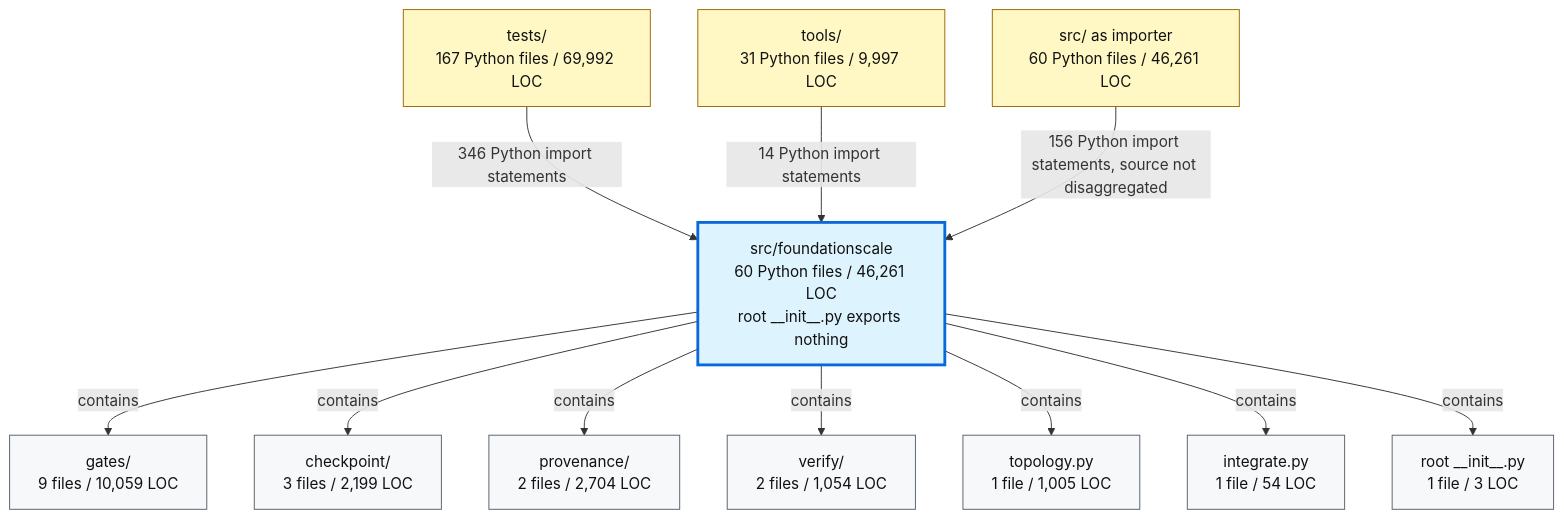
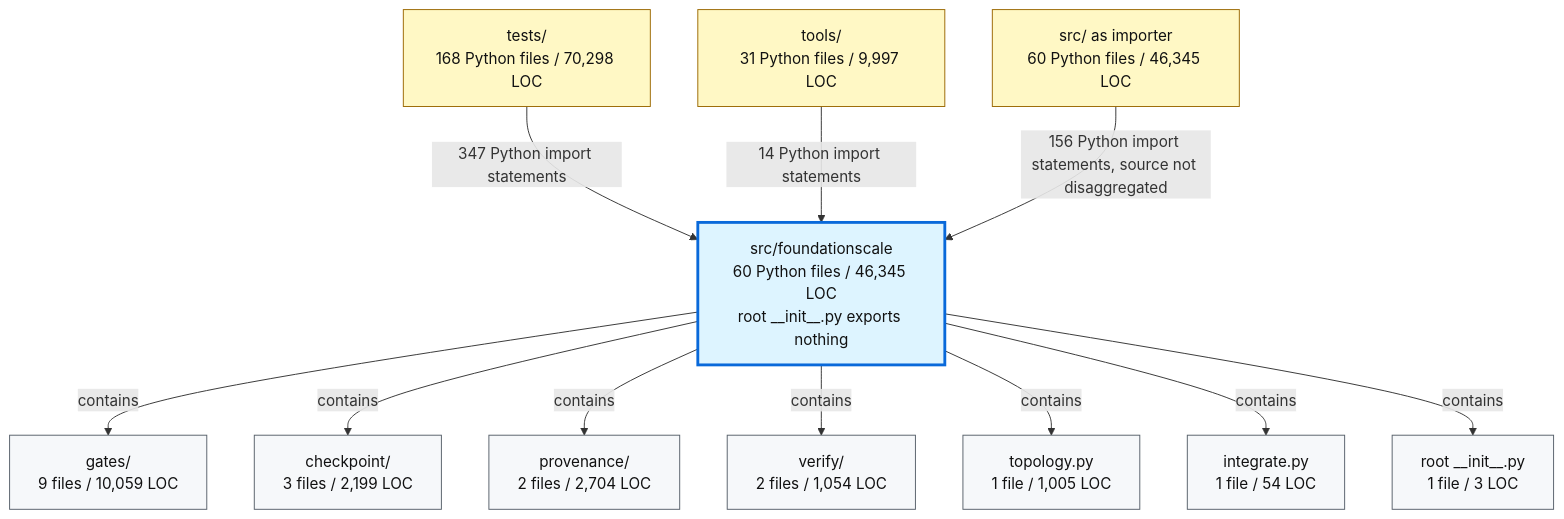
Before and after one commit to TranNhiem/FoundationScale: the second of 2 diagrams in docs/review/D2_current_architecture.md, drawn with Mermaid. The commit also changed other lines of this file and 18 other files, not shown here.

````diff
--- a/docs/review/D2_current_architecture.md
+++ b/docs/review/D2_current_architecture.md
@@ -97,36 +97,36 @@
 ```mermaid
 flowchart TB
-  TESTS["tests/<br/>167 Python files / 69,992 LOC"]
+  TESTS["tests/<br/>168 Python files / 70,298 LOC"]
   TOOLS["tools/<br/>31 Python files / 9,997 LOC"]
-  SRC["src/ as importer<br/>60 Python files / 46,261 LOC"]
+  SRC["src/ as importer<br/>60 Python files / 46,345 LOC"]
 
-  FS["src/foundationscale<br/>60 Python files / 46,261 LOC<br/>root __init__.py exports nothing"]
+  FS["src/foundationscale<br/>60 Python files / 46,345 LOC<br/>root __init__.py exports nothing"]
 
   GATES["gates/<br/>9 files / 10,059 LOC"]
   CKPT["checkpoint/<br/>3 files / 2,199 LOC"]
   PROV["provenance/<br/>2 files / 2,704 LOC"]
   VERIFY["verify/<br/>2 files / 1,054 LOC"]
   TOPO["topology.py<br/>1 file / 1,005 LOC"]
   INTEG["integrate.py<br/>1 file / 54 LOC"]
   ROOT["root __init__.py<br/>1 file / 3 LOC"]
 
-  TESTS -->|"346 Python import statements"| FS
+  TESTS -->|"347 Python import statements"| FS
   TOOLS -->|"14 Python import statements"| FS
   SRC -->|"156 Python import statements, source not disaggregated"| FS
 
   FS -->|"contains"| GATES
   FS -->|"contains"| CKPT
   FS -->|"contains"| PROV
   FS -->|"contains"| VERIFY
   FS -->|"contains"| TOPO
   FS -->|"contains"| INTEG
   FS -->|"contains"| ROOT
 
   classDef consumer fill:#fff8c5,stroke:#9a6700,color:#111;
   classDef package fill:#ddf4ff,stroke:#0969da,stroke-width:3px,color:#111;
   classDef module fill:#f6f8fa,stroke:#57606a,color:#111;
 
   class TESTS,TOOLS,SRC consumer;
   class FS package;
   class GATES,CKPT,PROV,VERIFY,TOPO,INTEG,ROOT module;
 ```
````
